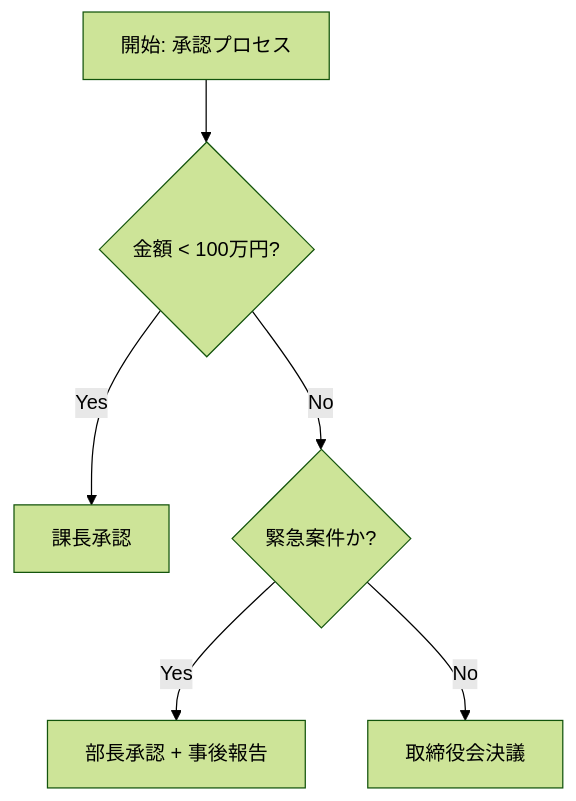
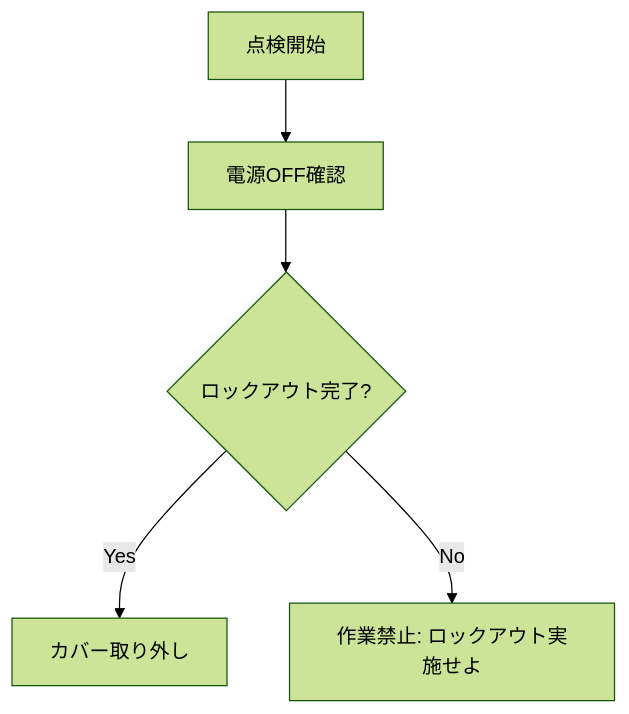
One commit to kawadone121/genai-research changed the first of 3 diagrams in README.md. Above: the diagram before and after it, drawn with Mermaid (forest theme). The commit also changed other lines of this file, not shown here.

````diff
--- a/README.md
+++ b/README.md
@@ -45,8 +39,7 @@
 ```mermaid
 flowchart TD
-    Start[開始: 承認プロセス] --> Q1{金額 < 100万円?}
-    Q1 -- Yes --> A[課長承認]
-    Q1 -- No --> Q2{緊急案件か?}
-    Q2 -- Yes --> B[部長承認 + 事後報告]
-    Q2 -- No --> C[取締役会決議]
+    Start[点検開始] --> Step1[電源OFF確認]
+    Step1 --> Step2{ロックアウト完了?}
+    Step2 -- Yes --> Step3[カバー取り外し]
+    Step2 -- No --> Warning[作業禁止: ロックアウト実施せよ]
 ```
````
